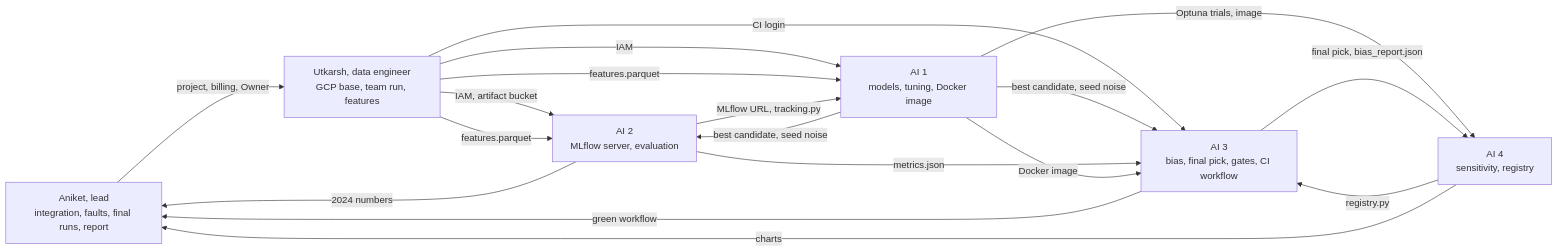
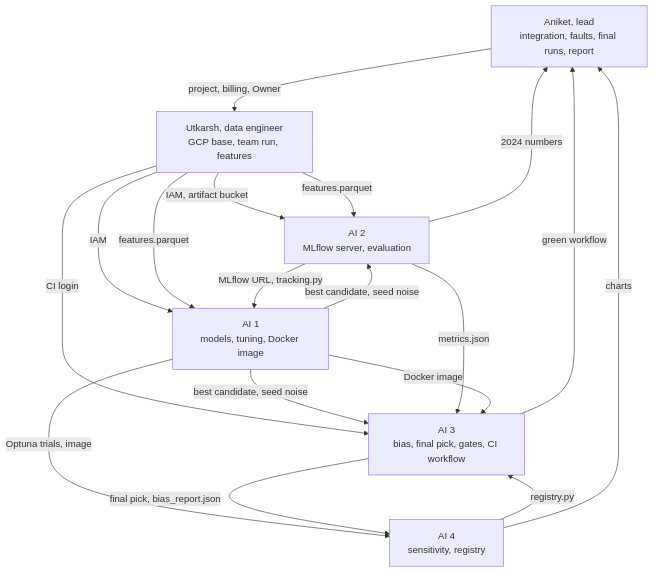
One commit to Itsme-aniketghosh/Meridian changed the second of 2 diagrams in Model-Pipeline/PLAN.md. Above: the diagram before and after it, drawn with Mermaid. The commit also changed 1 other file, not shown here.

````diff
--- a/Model-Pipeline/PLAN.md
+++ b/Model-Pipeline/PLAN.md
@@ -186,27 +186,27 @@
 ```mermaid
-flowchart LR
+flowchart TD
   aniket["Aniket, lead<br/>integration, faults, final runs, report"]
   utkarsh["Utkarsh, data engineer<br/>GCP base, team run, features"]
   ai1["AI 1<br/>models, tuning, Docker image"]
   ai2["AI 2<br/>MLflow server, evaluation"]
   ai3["AI 3<br/>bias, final pick, gates, CI workflow"]
   ai4["AI 4<br/>sensitivity, registry"]
 
   aniket -->|"project, billing, Owner"| utkarsh
   utkarsh -->|"IAM, artifact bucket"| ai2
   utkarsh -->|"IAM"| ai1
   utkarsh -->|"CI login"| ai3
   utkarsh -->|"features.parquet"| ai1
   utkarsh -->|"features.parquet"| ai2
   ai2 -->|"MLflow URL, tracking.py"| ai1
   ai1 -->|"best candidate, seed noise"| ai2
   ai1 -->|"best candidate, seed noise"| ai3
   ai1 -->|"Optuna trials, image"| ai4
   ai2 -->|"metrics.json"| ai3
   ai3 -->|"final pick, bias_report.json"| ai4
   ai1 -->|"Docker image"| ai3
   ai4 -->|"registry.py"| ai3
   ai3 -->|"green workflow"| aniket
   ai4 -->|"charts"| aniket
   ai2 -->|"2024 numbers"| aniket
 ```
````
